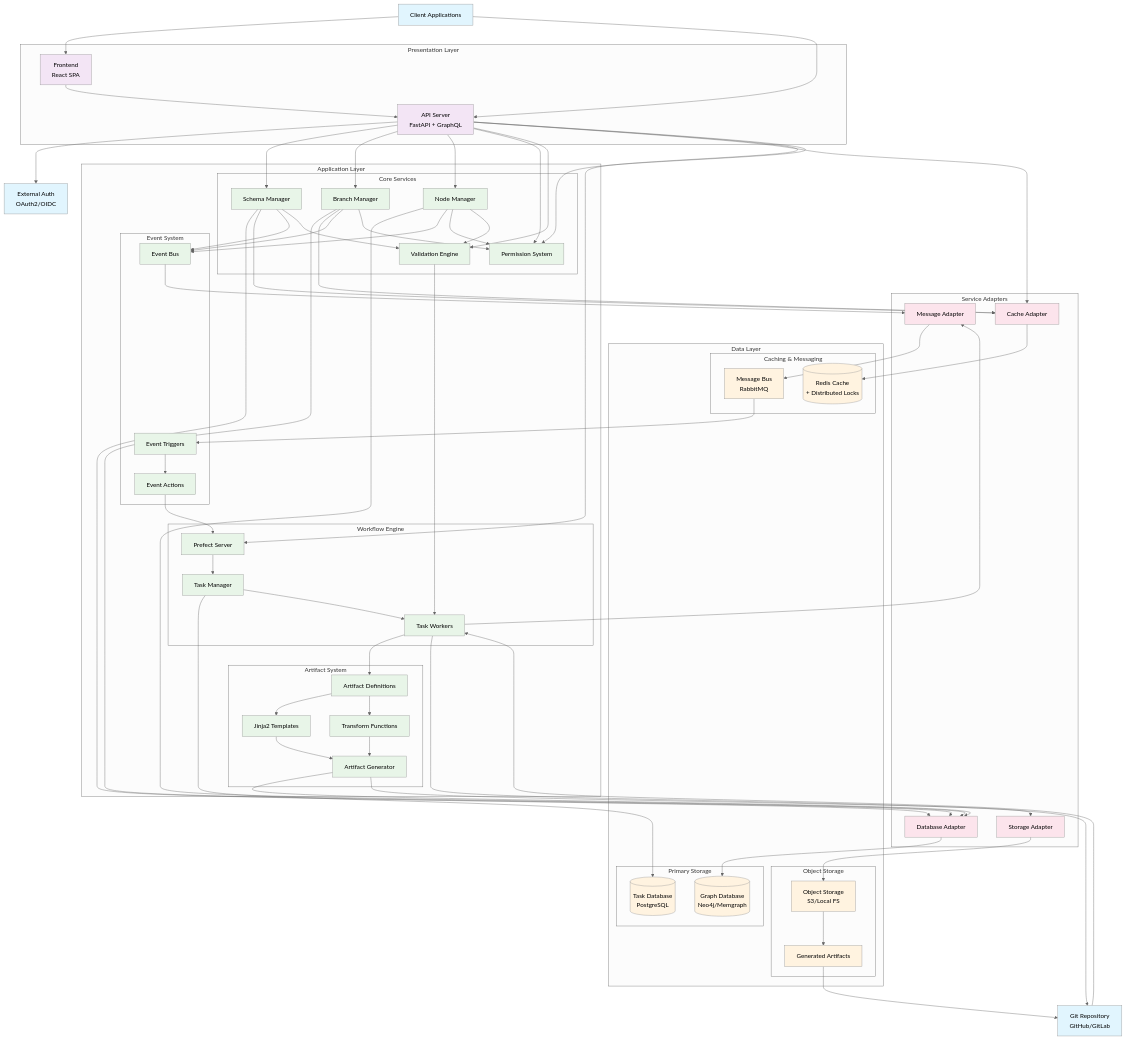
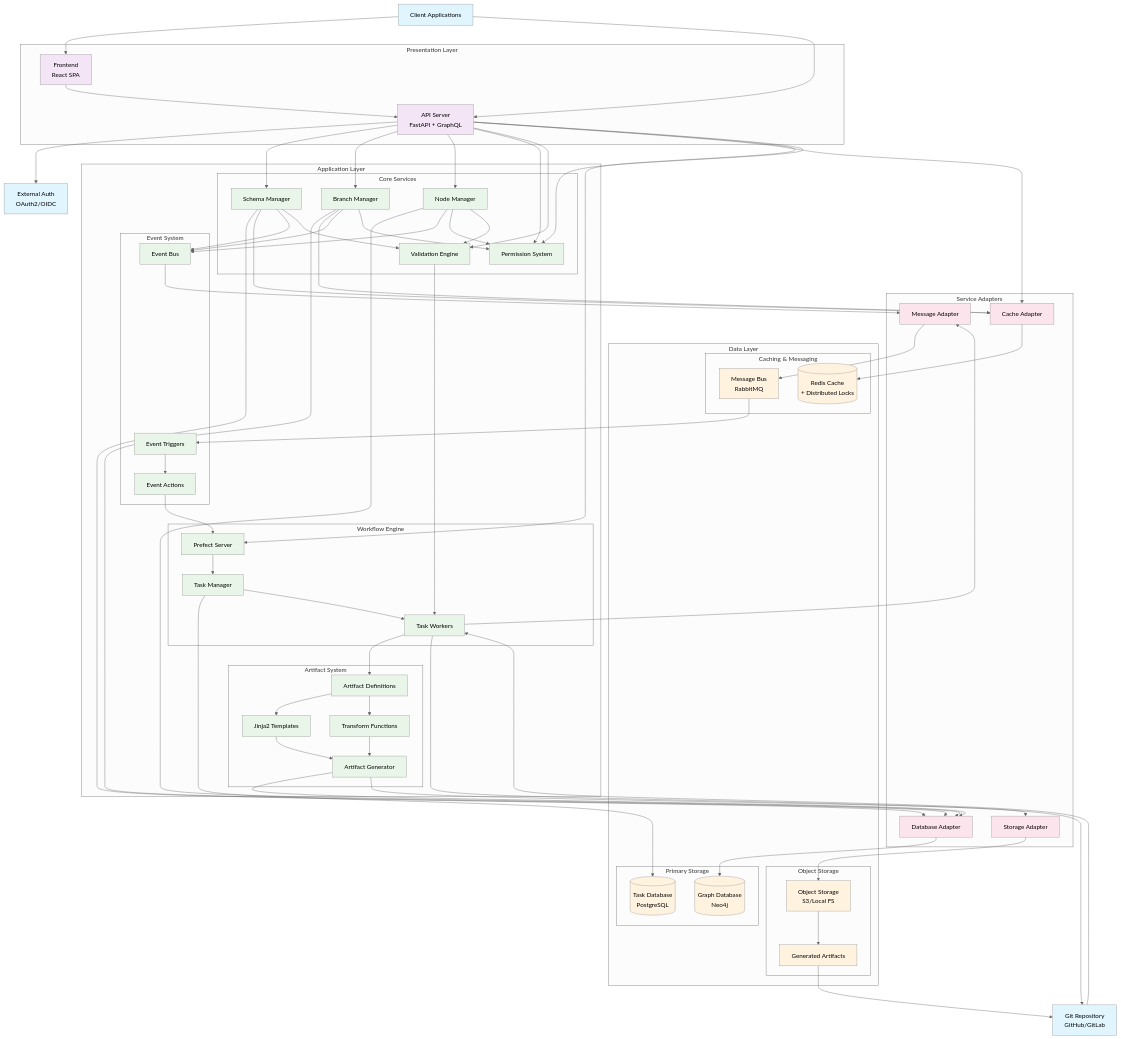
The diagram in docs/docs/overview/architecture.mdx (opsmill/infrahub), drawn with Mermaid (neutral theme) before and after one commit. The commit also changed other lines of this file and 4 other files, not shown here.

First line of the commit message:
docs: stop presenting Memgraph as a supported database

```diff
--- a/docs/docs/overview/architecture.mdx
+++ b/docs/docs/overview/architecture.mdx
@@ -78,7 +78,7 @@
     %% Data Layer
     subgraph "Data Layer"
         subgraph "Primary Storage"
-            GraphDB[(Graph Database<br/>Neo4j/Memgraph)]
+            GraphDB[(Graph Database<br/>Neo4j)]
             TaskDB[(Task Database<br/>PostgreSQL)]
         end
 
```
